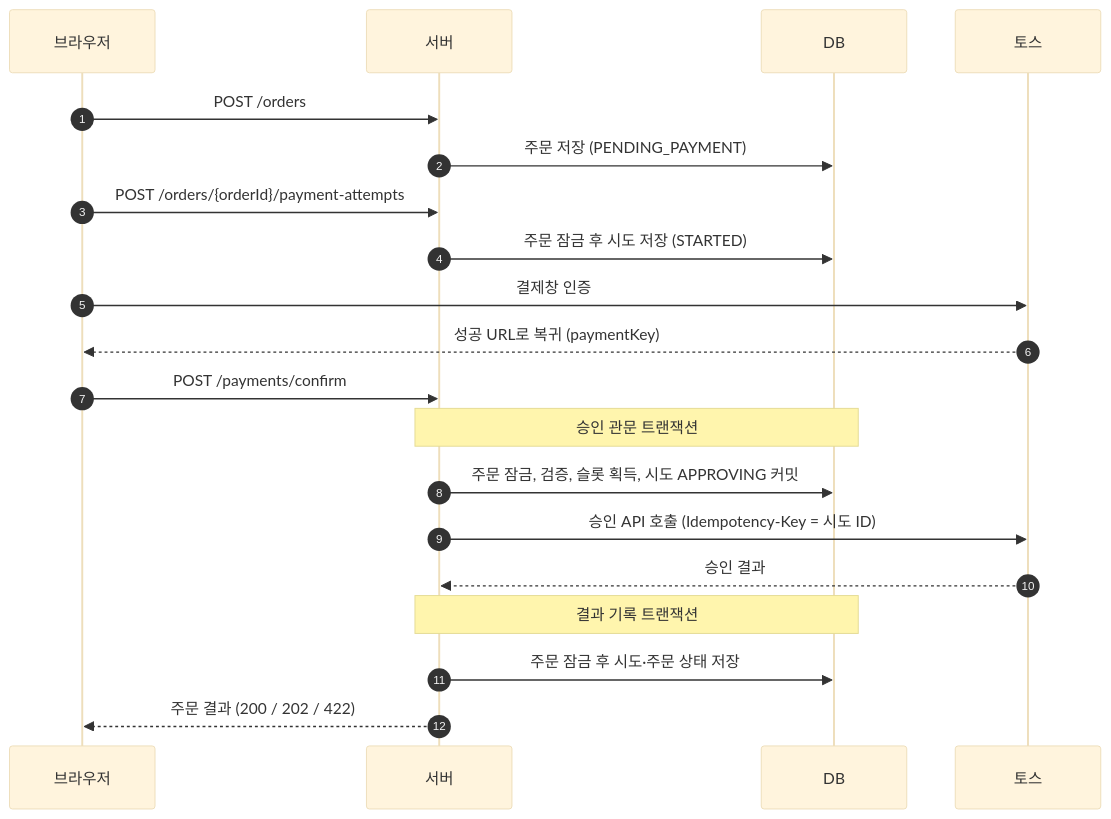
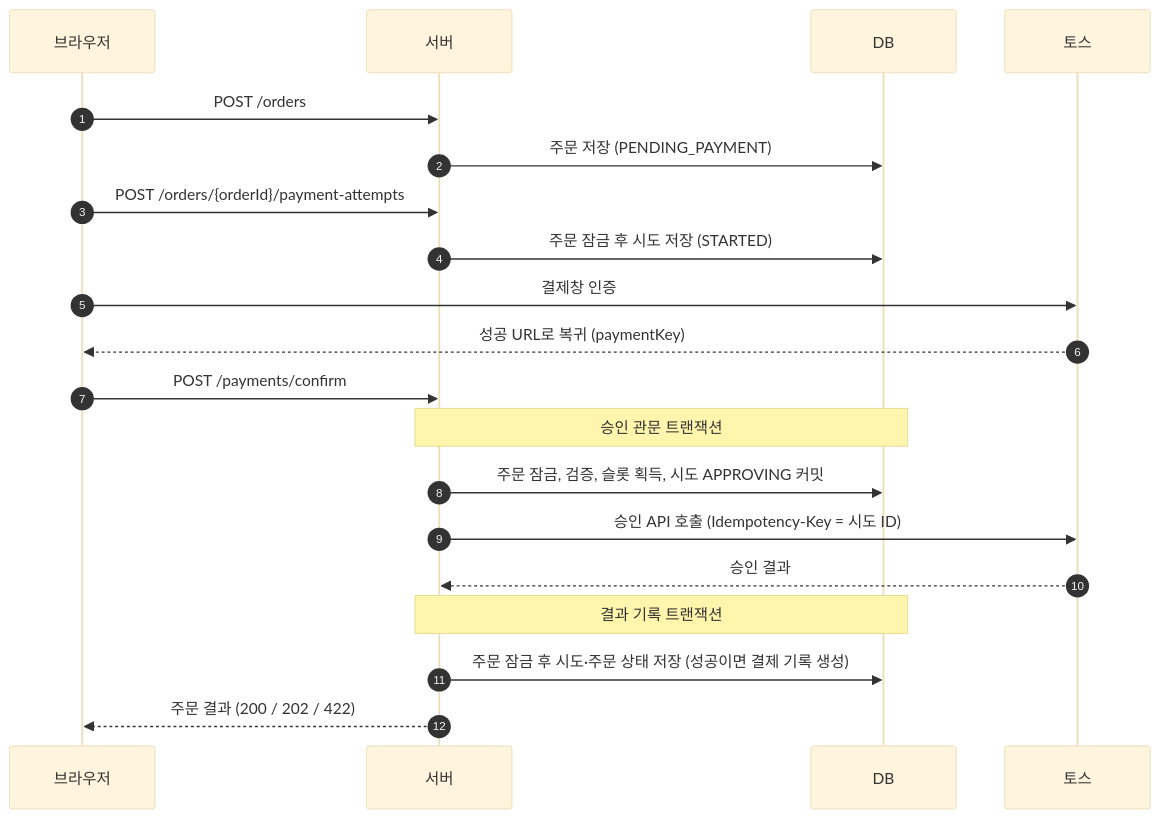
Before and after one commit to lee-gimoon/payment-service: the first of 2 diagrams in docs/architecture.md, drawn with Mermaid (base theme). The commit also changed other lines of this file and 9 other files, not shown here.

````diff
--- a/docs/architecture.md
+++ b/docs/architecture.md
@@ -55,22 +65,22 @@
 ```mermaid
 sequenceDiagram
     autonumber
     participant B as 브라우저
     participant S as 서버
     participant D as DB
     participant T as 토스
     B->>S: POST /orders
     S->>D: 주문 저장 (PENDING_PAYMENT)
     B->>S: POST /orders/{orderId}/payment-attempts
     S->>D: 주문 잠금 후 시도 저장 (STARTED)
     B->>T: 결제창 인증
     T-->>B: 성공 URL로 복귀 (paymentKey)
     B->>S: POST /payments/confirm
     Note over S,D: 승인 관문 트랜잭션
     S->>D: 주문 잠금, 검증, 슬롯 획득, 시도 APPROVING 커밋
     S->>T: 승인 API 호출 (Idempotency-Key = 시도 ID)
     T-->>S: 승인 결과
     Note over S,D: 결과 기록 트랜잭션
-    S->>D: 주문 잠금 후 시도·주문 상태 저장
+    S->>D: 주문 잠금 후 시도·주문 상태 저장 (성공이면 결제 기록 생성)
     S-->>B: 주문 결과 (200 / 202 / 422)
 ```
````
